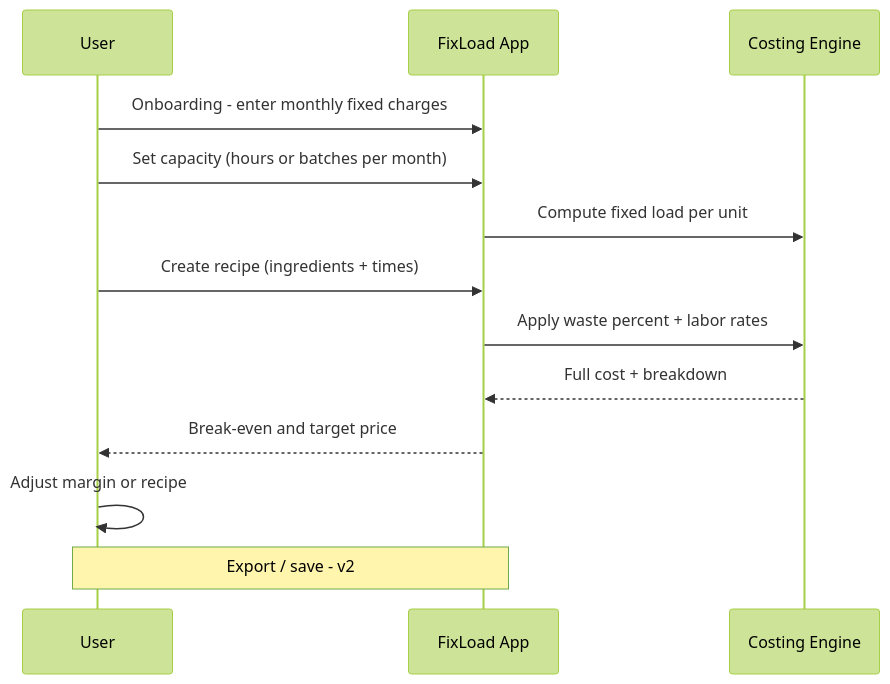
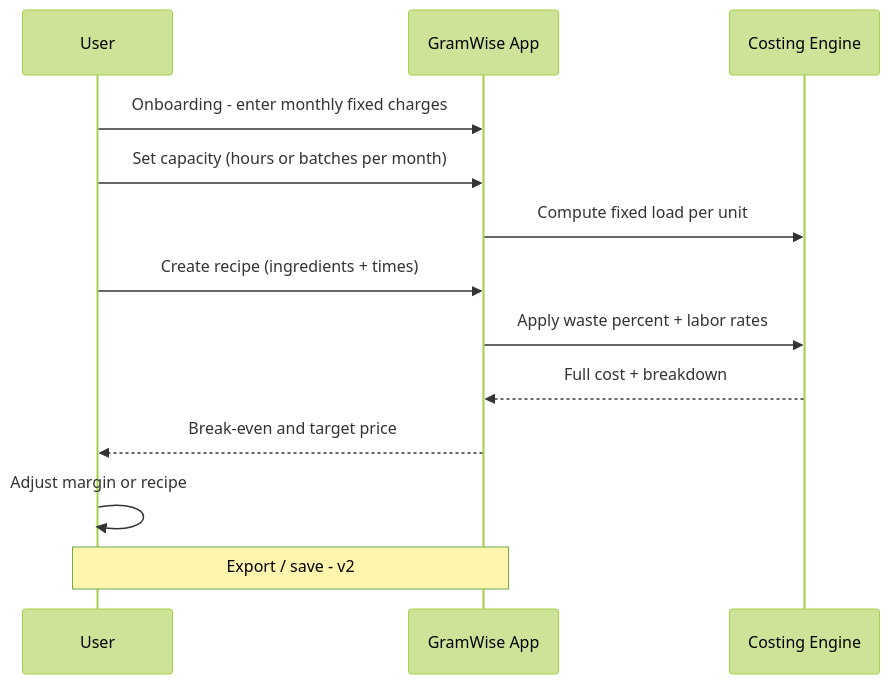
Before and after one commit to abdouju30-prog/gramwise: the second of 4 diagrams in PROJECT_BRIEF.md, drawn with Mermaid (forest theme). The commit also changed other lines of this file and 6 other files, not shown here.

First line of the commit message:
Rename product from FixLoad to GramWise across project docs.

````diff
--- a/PROJECT_BRIEF.md
+++ b/PROJECT_BRIEF.md
@@ -173,16 +174,16 @@
 ```mermaid
 sequenceDiagram
   participant U as User
-  participant A as FixLoad App
+  participant A as GramWise App
   participant E as Costing Engine
 
   U->>A: Onboarding - enter monthly fixed charges
   U->>A: Set capacity (hours or batches per month)
   A->>E: Compute fixed load per unit
   U->>A: Create recipe (ingredients + times)
   A->>E: Apply waste percent + labor rates
   E-->>A: Full cost + breakdown
   A-->>U: Break-even and target price
   U->>U: Adjust margin or recipe
   Note over U,A: Export / save - v2
 ```
````
